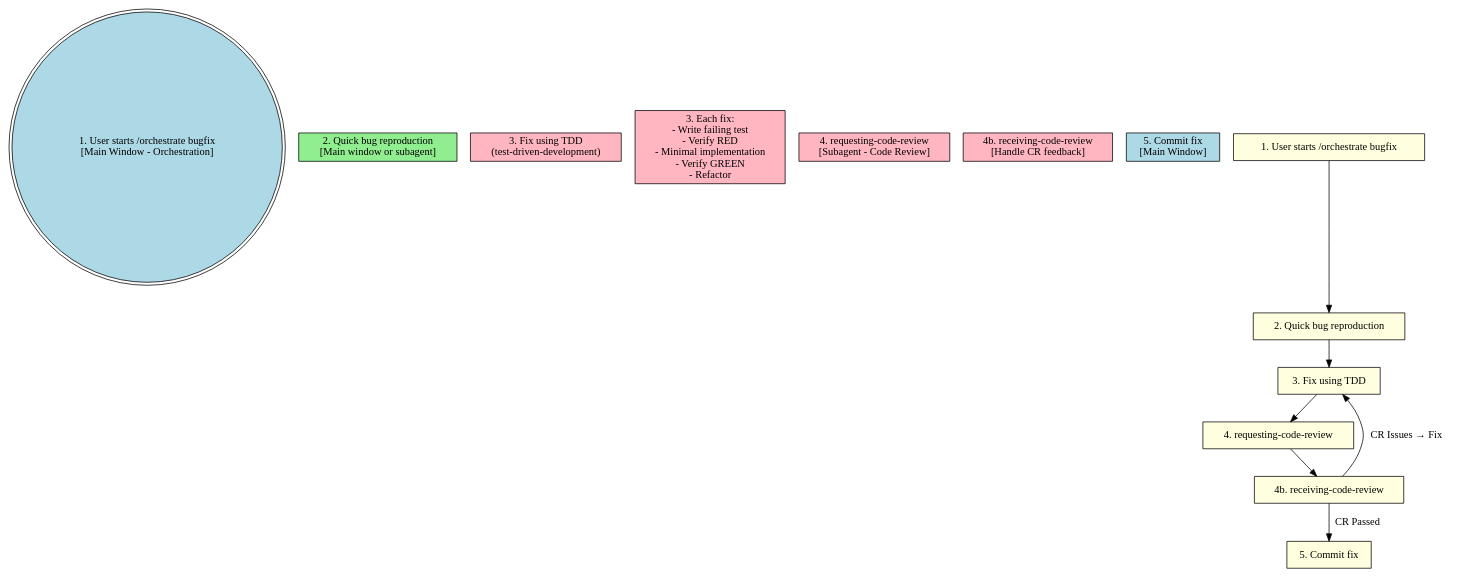
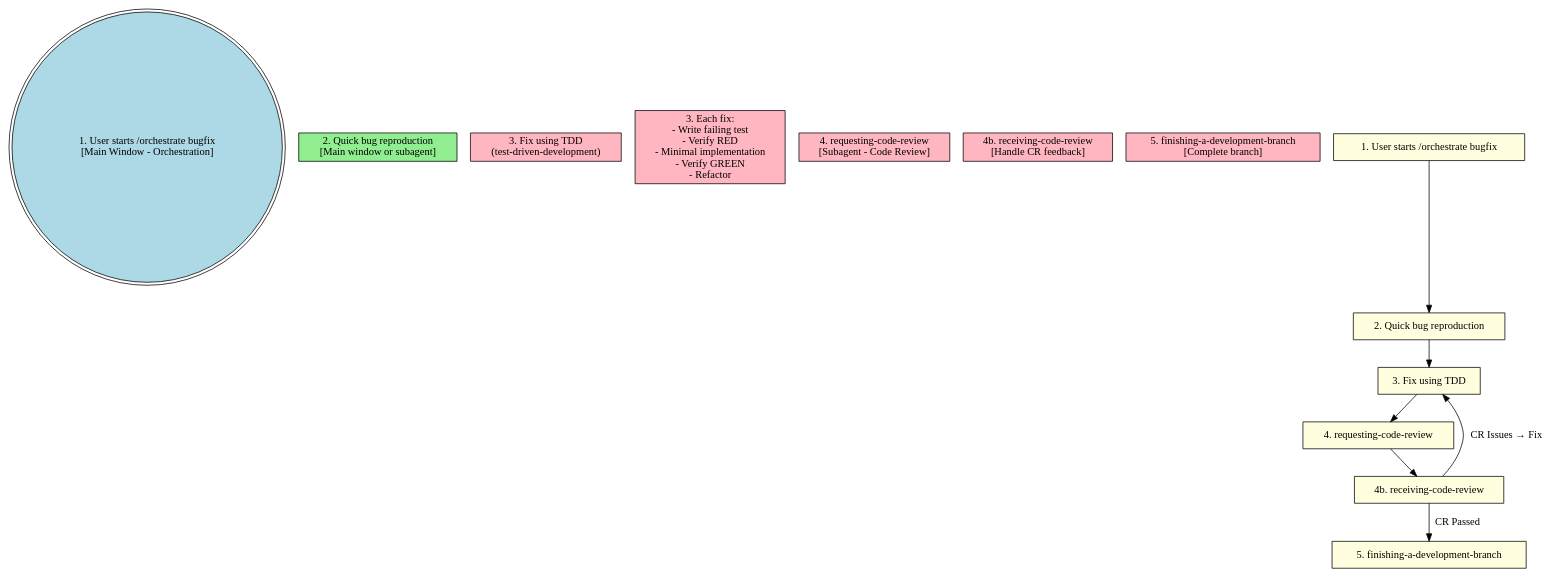
Before and after one commit to icefrag/guozhi-claude-code: the third of 4 diagrams in skills/nbl.orchestrate/SKILL.md, drawn with Graphviz. The commit also changed other lines of this file and 1 other file, not shown here.

First line of the commit message:
refactor(orchestrate): update to reflect current workflow architecture

````diff
--- a/skills/nbl.orchestrate/SKILL.md
+++ b/skills/nbl.orchestrate/SKILL.md
@@ -85,25 +107,25 @@
 ```dot
 digraph orchestrate_bugfix_workflow {
     rankdir=TB;
     node [shape=box style=filled fillcolor=lightyellow];
 
     "1. User starts /orchestrate bugfix\n[Main Window - Orchestration]" [shape=doublecircle fillcolor=lightblue];
 
     "2. Quick bug reproduction\n[Main window or subagent]" [fillcolor=lightgreen];
 
     "3. Fix using TDD\n(test-driven-development)" [fillcolor=lightpink];
     "3. Each fix:\n- Write failing test\n- Verify RED\n- Minimal implementation\n- Verify GREEN\n- Refactor" [fillcolor=lightpink];
 
     "4. requesting-code-review\n[Subagent - Code Review]" [fillcolor=lightpink];
     "4b. receiving-code-review\n[Handle CR feedback]" [fillcolor=lightpink];
 
-    "5. Commit fix\n[Main Window]" [fillcolor=lightblue];
+    "5. finishing-a-development-branch\n[Complete branch]" [fillcolor=lightpink];
 
     "1. User starts /orchestrate bugfix" -> "2. Quick bug reproduction";
     "2. Quick bug reproduction" -> "3. Fix using TDD";
     "3. Fix using TDD" -> "4. requesting-code-review";
     "4. requesting-code-review" -> "4b. receiving-code-review";
-    "4b. receiving-code-review" -> "5. Commit fix" [label="CR Passed"];
+    "4b. receiving-code-review" -> "5. finishing-a-development-branch" [label="CR Passed"];
     "4b. receiving-code-review" -> "3. Fix using TDD" [label="CR Issues → Fix"];
 }
 ```
````
